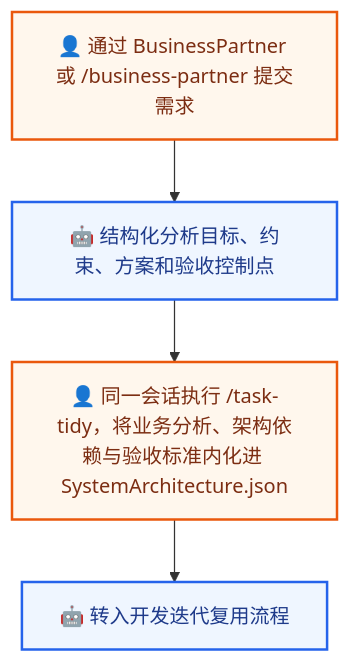
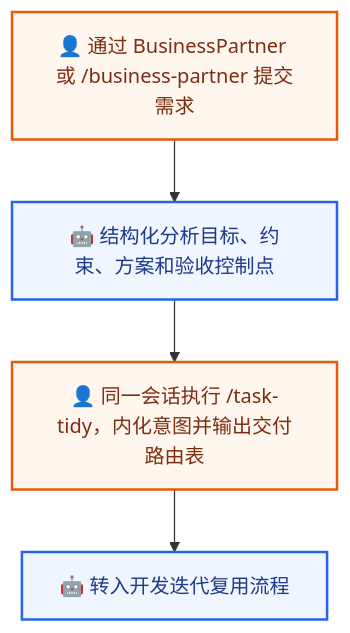
One commit to derekhu0002/Argo changed the first of 5 diagrams in README.md. Above: the diagram before and after it, drawn with Mermaid. The commit also changed other lines of this file, not shown here.

````diff
--- a/README.md
+++ b/README.md
@@ -71,10 +71,10 @@
 ```mermaid
 flowchart TD
     A[👤 通过 BusinessPartner 或 /business-partner 提交需求] --> B[🤖 结构化分析目标、约束、方案和验收控制点]
-    B --> D[👤 同一会话执行 /task-tidy，将业务分析、架构依赖与验收标准内化进 SystemArchitecture.json]
+    B --> D[👤 同一会话执行 /task-tidy，内化意图并输出交付路由表]
     D --> E[🤖 转入开发迭代复用流程]
     classDef human fill:#fff7ed,stroke:#ea580c,color:#7c2d12,stroke-width:2px
     classDef ai fill:#eff6ff,stroke:#2563eb,color:#1e3a8a,stroke-width:2px
     class A,D human
     class B,E ai
 ```
````
